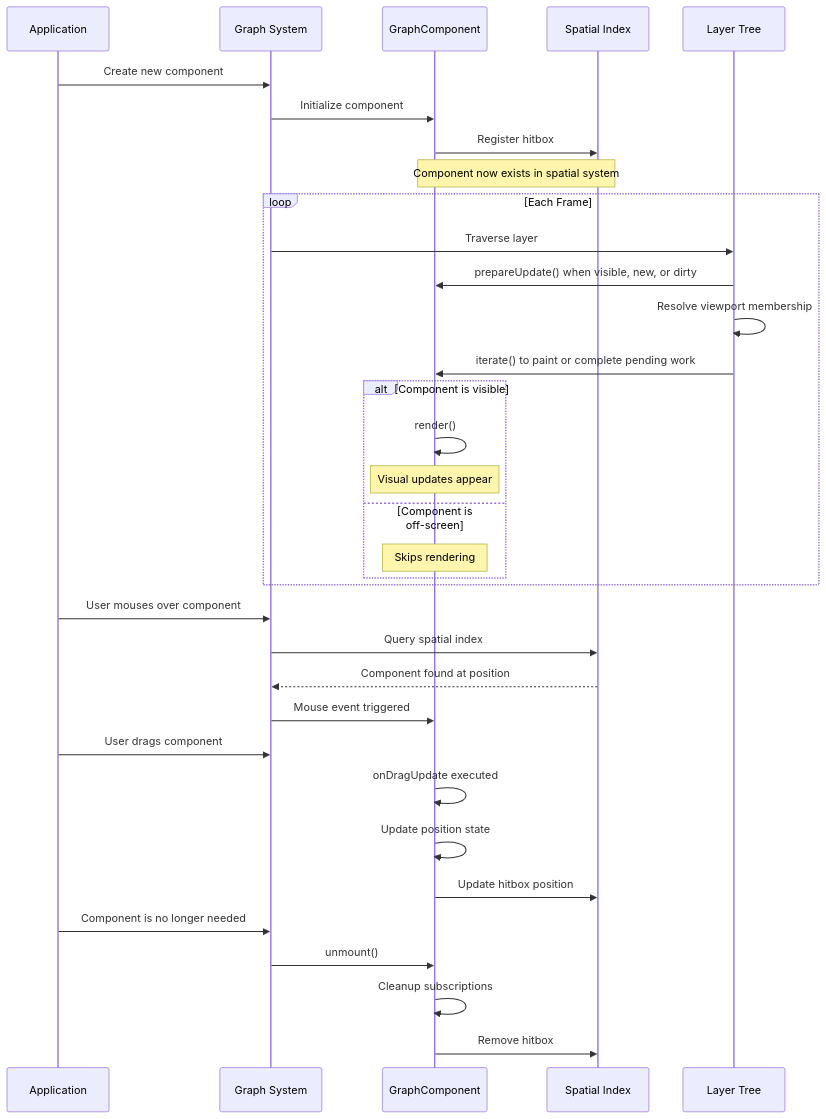
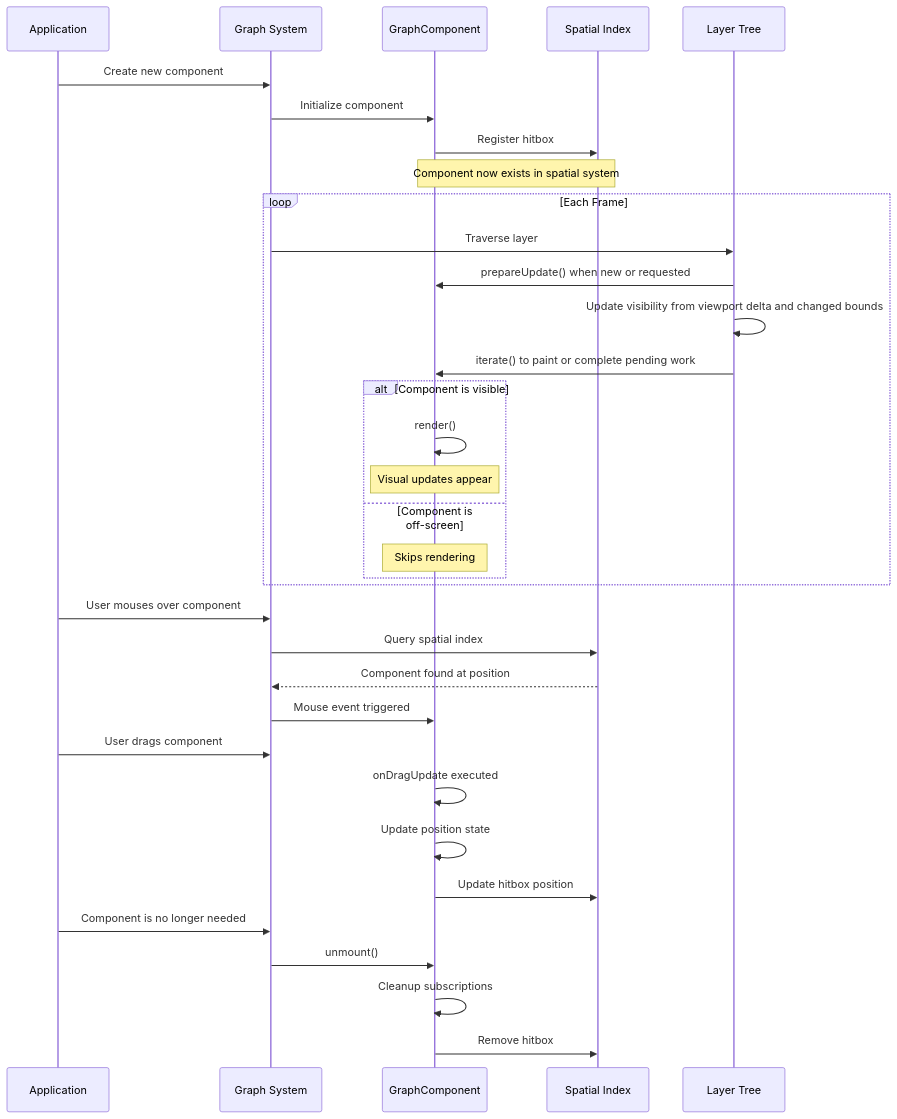
The second of 2 diagrams in packages/graph/docs/components/canvas-graph-component.md (gravity-ui/graph), drawn with Mermaid before and after one commit. The commit also changed other lines of this file and 17 other files, not shown here.

First line of the commit message:
perf(graph): keep tree culling visibility incremental

````diff
--- a/packages/graph/docs/components/canvas-graph-component.md
+++ b/packages/graph/docs/components/canvas-graph-component.md
@@ -374,43 +377,43 @@
 ```mermaid
 sequenceDiagram
     participant App as Application
     participant Graph as Graph System
     participant Comp as GraphComponent
     participant HitTest as Spatial Index
     participant Tree as Layer Tree
     
     App->>Graph: Create new component
     Graph->>Comp: Initialize component
     Comp->>HitTest: Register hitbox
     
     Note over Comp,HitTest: Component now exists in spatial system
     
     loop Each Frame
         Graph->>Tree: Traverse layer
-        Tree->>Comp: prepareUpdate() when visible, new, or dirty
-        Tree->>Tree: Resolve viewport membership
+        Tree->>Comp: prepareUpdate() when new or requested
+        Tree->>Tree: Update visibility from viewport delta and changed bounds
         Tree->>Comp: iterate() to paint or complete pending work
         
         alt Component is visible
             Comp->>Comp: render()
             Note over Comp: Visual updates appear
         else Component is off-screen
             Note over Comp: Skips rendering
         end
     end
     
     App->>Graph: User mouses over component
     Graph->>HitTest: Query spatial index
     HitTest-->>Graph: Component found at position
     Graph->>Comp: Mouse event triggered
     
     App->>Graph: User drags component
     Comp->>Comp: onDragUpdate executed
     Comp->>Comp: Update position state
     Comp->>HitTest: Update hitbox position
     
     App->>Graph: Component is no longer needed
     Graph->>Comp: unmount()
     Comp->>Comp: Cleanup subscriptions
     Comp->>HitTest: Remove hitbox
 ```
````
